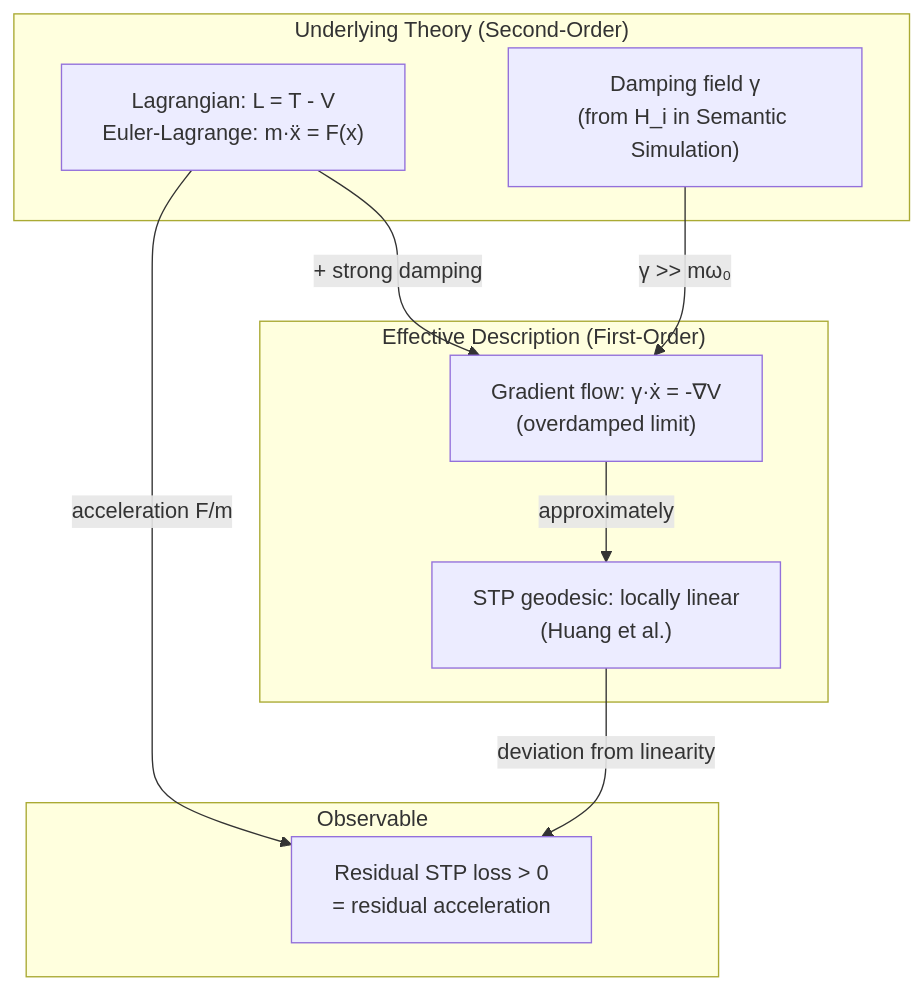
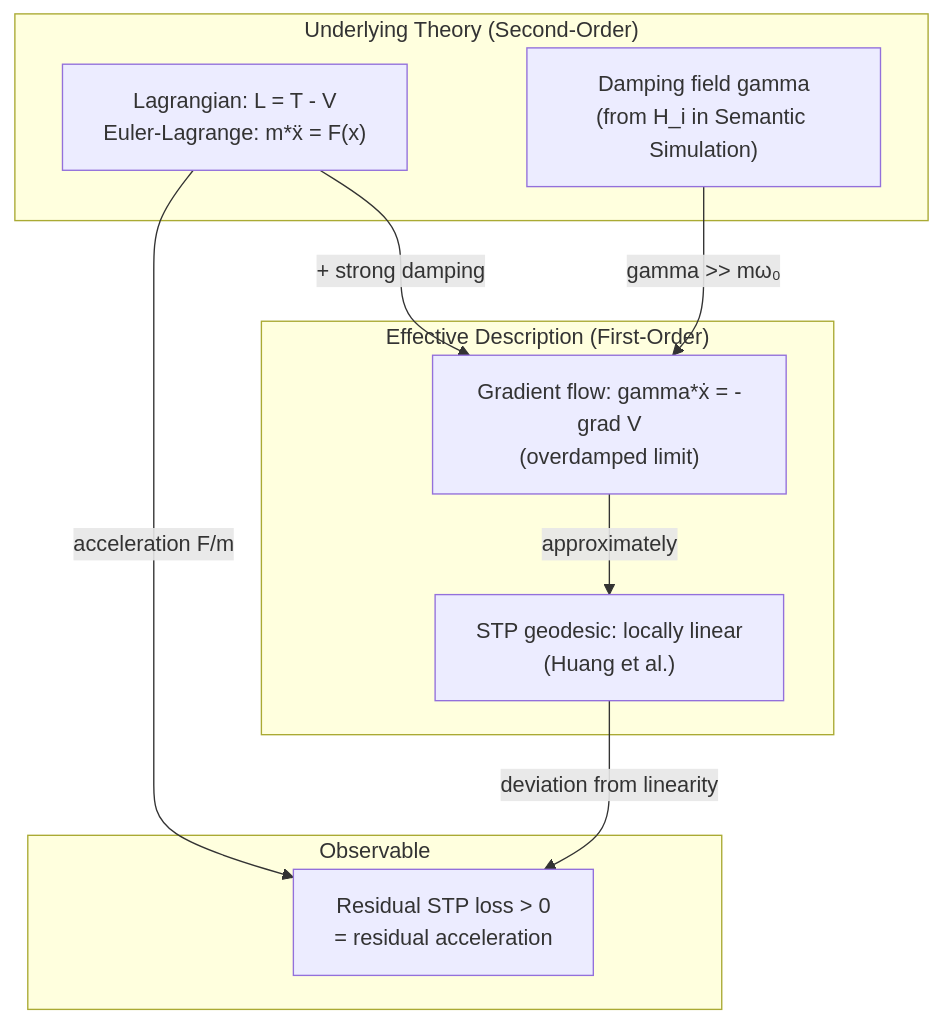
One commit to dimitarpg13/semsimula-paper changed the diagram in companion_notes/On_The_Existence_of_Acceleration_in_Semantic_Structures.md. Above: the diagram before and after it, drawn with Mermaid. The commit also changed other lines of this file and 36 other files, not shown here.

First line of the commit message:
Sync companion notes: Claim A status update, Mermaid/LaTeX fixes, new files

````diff
--- a/companion_notes/On_The_Existence_of_Acceleration_in_Semantic_Structures.md
+++ b/companion_notes/On_The_Existence_of_Acceleration_in_Semantic_Structures.md
@@ -265,20 +263,20 @@
 ```mermaid
 graph TB
     subgraph "Underlying Theory (Second-Order)"
-        L["Lagrangian: L = T - V<br>Euler-Lagrange: m·ẍ = F(x)"]
-        D["Damping field γ<br>(from H_i in Semantic Simulation)"]
+        L["Lagrangian: L = T - V<br>Euler-Lagrange: m*ẍ = F(x)"]
+        D["Damping field gamma<br>(from H_i in Semantic Simulation)"]
     end
     subgraph "Effective Description (First-Order)"
-        G["Gradient flow: γ·ẋ = -∇V<br>(overdamped limit)"]
+        G["Gradient flow: gamma*ẋ = -grad V<br>(overdamped limit)"]
         STP["STP geodesic: locally linear<br>(Huang et al.)"]
     end
     subgraph "Observable"
         R["Residual STP loss > 0<br>= residual acceleration"]
     end
     
     L -->|"+ strong damping"| G
-    D -->|"γ >> mω₀"| G
+    D -->|"gamma >> mω₀"| G
     G -->|"approximately"| STP
     L -->|"acceleration F/m"| R
     STP -->|"deviation from linearity"| R
 ```
````
